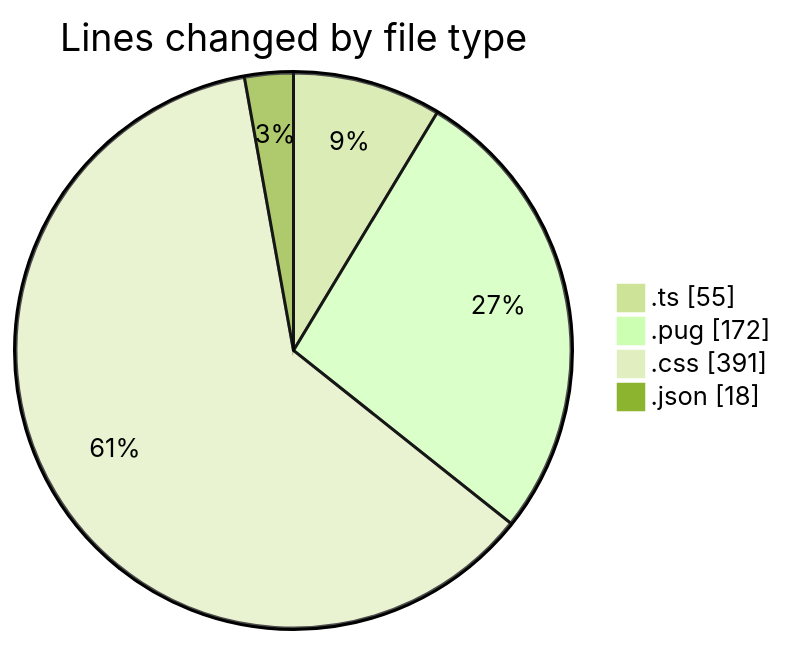
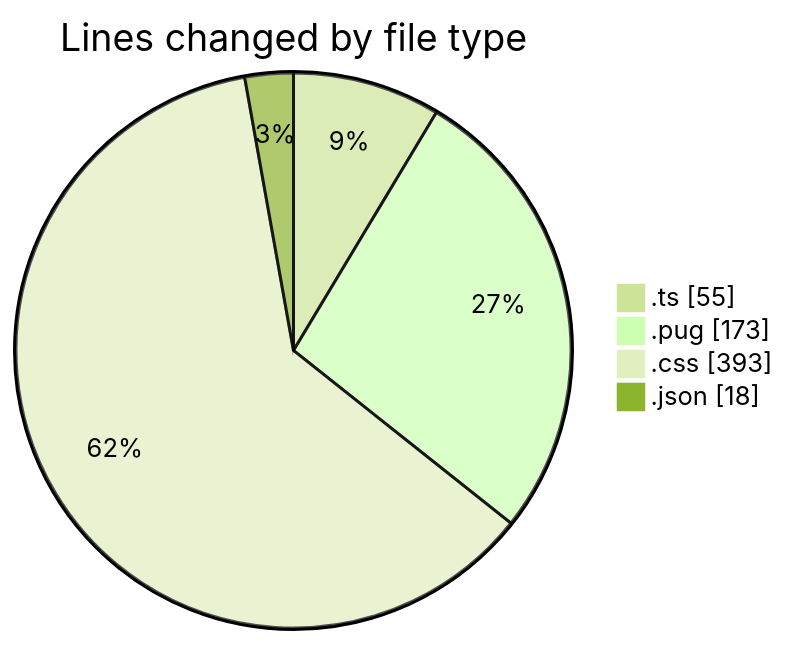
One commit to momahboobian/code-tracking changed the first of 2 diagrams in 2025-10-31/cda/README.md. Above: the diagram before and after it, drawn with Mermaid (forest theme). The commit also changed other lines of this file and 1 other file, not shown here.

````diff
--- a/2025-10-31/cda/README.md
+++ b/2025-10-31/cda/README.md
@@ -25,8 +25,8 @@
 ```mermaid
 pie showData
 title Lines changed by file type
 ".ts" : 55
-".pug" : 172
-".css" : 391
+".pug" : 173
+".css" : 393
 ".json" : 18
 ```
````
